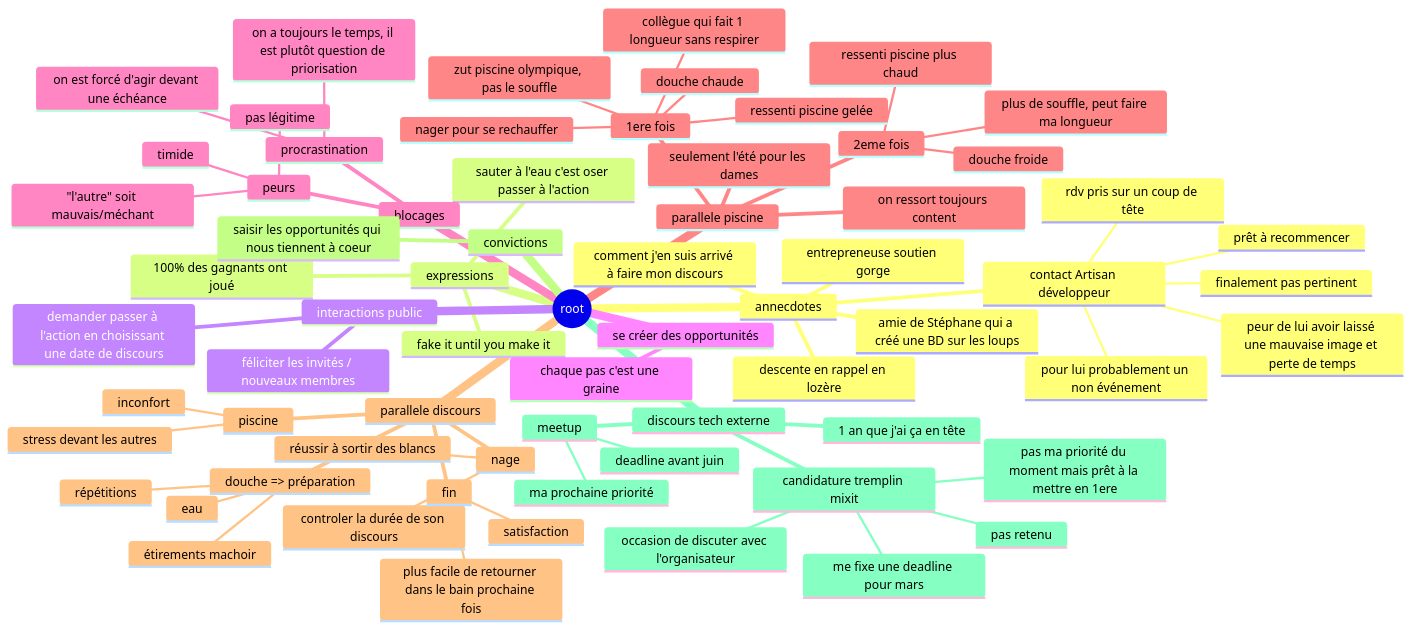
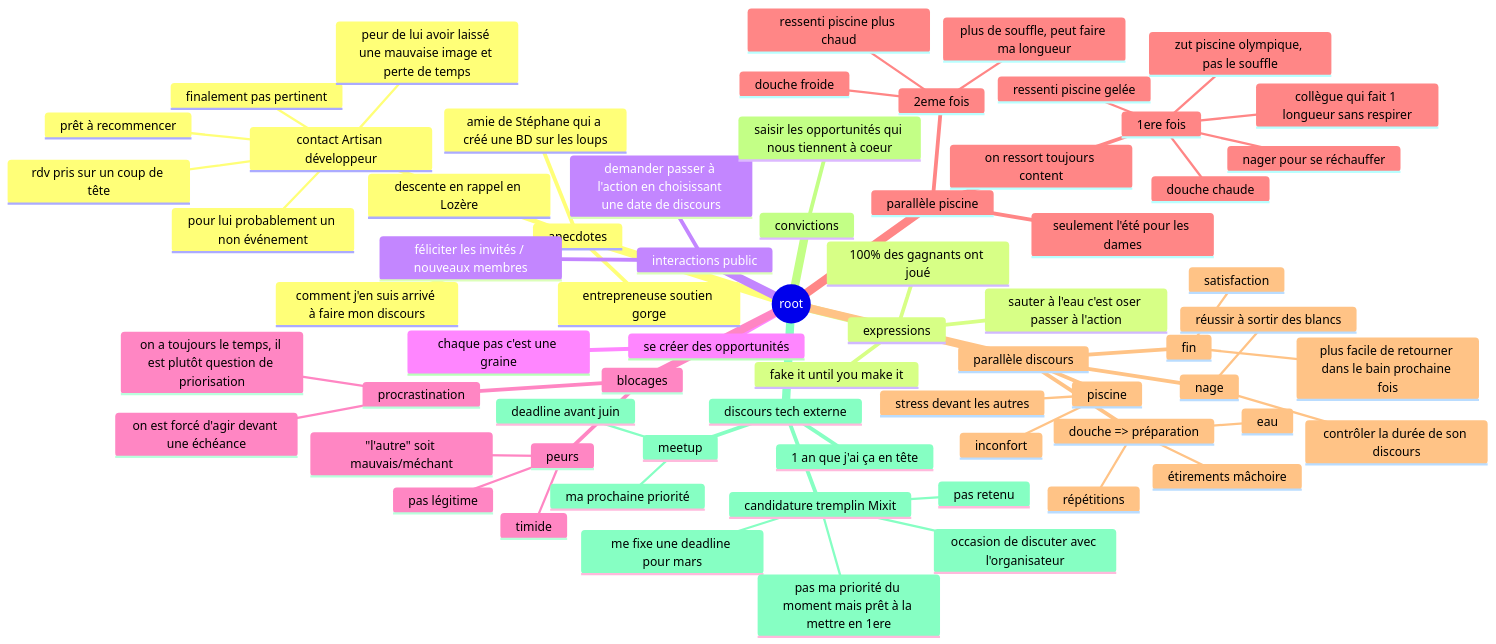
One commit to lou-theo/talks-toastmaster changed the diagram in 2024-02-08/mindmap.md. Above: the diagram before and after it, drawn with Mermaid. The commit also changed other lines of this file and 1 other file, not shown here.

Commit message:
discours: L'eau est fraiche, mais on s'y sent bien
- modifications mineures
- corrections orthographiques

````diff
--- a/2024-02-08/mindmap.md
+++ b/2024-02-08/mindmap.md
@@ -5,71 +5,71 @@
 ```mermaid
 mindmap
   root((root))
-    annecdotes
-      descente en rappel en lozère
+    anecdotes
+      descente en rappel en Lozère
       amie de Stéphane qui a créé une BD sur les loups
       comment j'en suis arrivé à faire mon discours
       entrepreneuse soutien gorge
       contact Artisan développeur
         rdv pris sur un coup de tête
         finalement pas pertinent
         peur de lui avoir laissé une mauvaise image et perte de temps
         pour lui probablement un non événement
         prêt à recommencer
     expressions
       fake it until you make it
       100% des gagnants ont joué
       sauter à l'eau c'est oser passer à l'action
     interactions public
       féliciter les invités / nouveaux membres
       demander passer à l'action en choisissant une date de discours
     se créer des opportunités
       chaque pas c'est une graine
     blocages
       procrastination
         on est forcé d'agir devant une échéance
         on a toujours le temps, il est plutôt question de priorisation
       peurs
         "l'autre" soit mauvais/méchant
         pas légitime
         timide
-    parallele piscine
+    parallèle piscine
       seulement l'été pour les dames
       1ere fois
         douche chaude
         ressenti piscine gelée
-        nager pour se rechauffer
+        nager pour se réchauffer
         zut piscine olympique, pas le souffle
         collègue qui fait 1 longueur sans respirer
       2eme fois
         douche froide
         ressenti piscine plus chaud
         plus de souffle, peut faire ma longueur
       on ressort toujours content
-    parallele discours
+    parallèle discours
       douche => préparation
         répétitions
         eau
-        étirements machoir
+        étirements mâchoire
       piscine
         stress devant les autres
         inconfort
       nage
         réussir à sortir des blancs
-        controler la durée de son discours
+        contrôler la durée de son discours
       fin
         satisfaction
         plus facile de retourner dans le bain prochaine fois
     convictions
       saisir les opportunités qui nous tiennent à coeur
     discours tech externe
       1 an que j'ai ça en tête
-      candidature tremplin mixit
+      candidature tremplin Mixit
         me fixe une deadline pour mars
         pas ma priorité du moment mais prêt à la mettre en 1ere
         pas retenu
         occasion de discuter avec l'organisateur
       meetup
         deadline avant juin
         ma prochaine priorité
 ```
````
